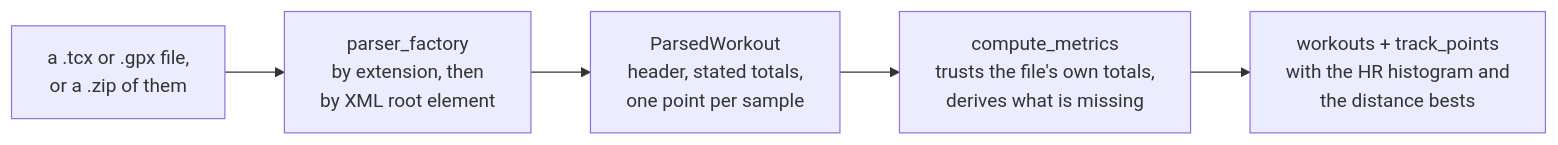
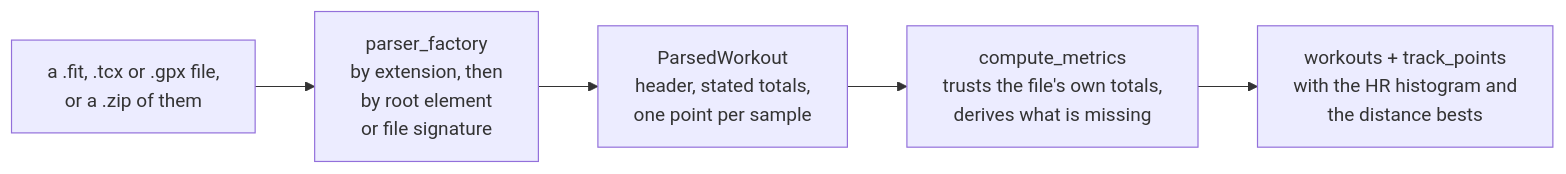
Before and after one commit to Danielededo/activity-hub: the diagram in README.md, drawn with Mermaid. The commit also changed other lines of this file and 18 other files, not shown here.

````diff
--- a/README.md
+++ b/README.md
@@ -208,7 +209,7 @@
 ```mermaid
 flowchart LR
-  A["a .tcx or .gpx file,<br/>or a .zip of them"] --> B["parser_factory<br/>by extension, then<br/>by XML root element"]
+  A["a .fit, .tcx or .gpx file,<br/>or a .zip of them"] --> B["parser_factory<br/>by extension, then<br/>by root element<br/>or file signature"]
   B --> C["ParsedWorkout<br/>header, stated totals,<br/>one point per sample"]
   C --> D["compute_metrics<br/>trusts the file's own totals,<br/>derives what is missing"]
   D --> E["workouts + track_points<br/>with the HR histogram and<br/>the distance bests"]
 ```
````
